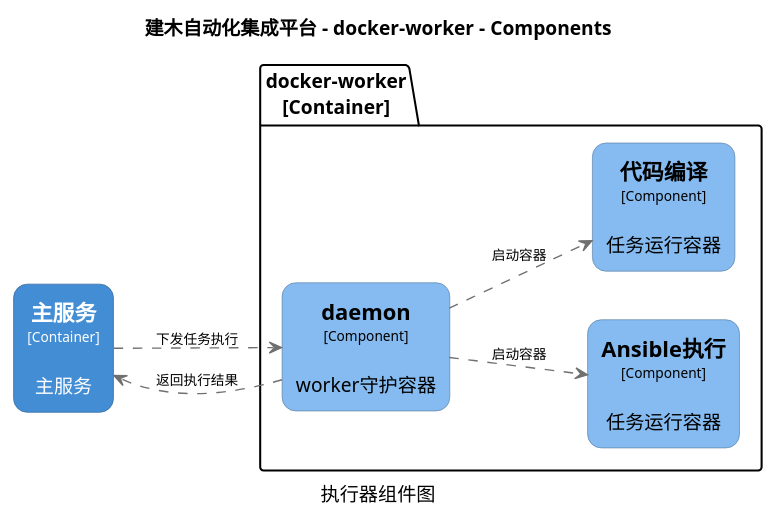
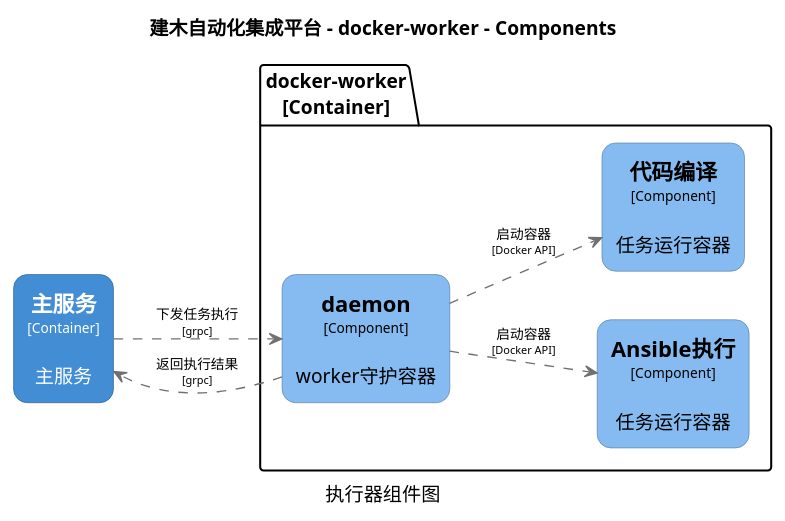
Before and after one commit to jianmu-dev/jianmu-architecture-as-code: the diagram in c4/structurizr-worker-component.puml, drawn with PlantUML. The commit also changed 8 other files, not shown here.

```diff
--- a/c4/structurizr-worker-component.puml
+++ b/c4/structurizr-worker-component.puml
@@ -1,48 +1,48 @@
 @startuml(id=worker-component)
 title 建木自动化集成平台 - docker-worker - Components
 caption 执行器组件图
 
 skinparam {
   shadowing false
   arrowFontSize 10
   defaultTextAlignment center
   wrapWidth 200
   maxMessageSize 100
 }
 hide stereotype
 left to right direction
 skinparam rectangle<<13>> {
   BackgroundColor #85bbf0
   FontColor #000000
   BorderColor #5D82A8
   roundCorner 20
 }
 skinparam rectangle<<14>> {
   BackgroundColor #85bbf0
   FontColor #000000
   BorderColor #5D82A8
   roundCorner 20
 }
 skinparam rectangle<<4>> {
   BackgroundColor #438dd5
   FontColor #ffffff
   BorderColor #2E6295
   roundCorner 20
 }
 skinparam rectangle<<15>> {
   BackgroundColor #85bbf0
   FontColor #000000
   BorderColor #5D82A8
   roundCorner 20
 }
 rectangle "==主服务\n<size:10>[Container]</size>\n\n主服务" <<4>> as 4
 package "docker-worker\n[Container]" {
   rectangle "==Ansible执行\n<size:10>[Component]</size>\n\n任务运行容器" <<15>> as 15
   rectangle "==daemon\n<size:10>[Component]</size>\n\nworker守护容器" <<13>> as 13
   rectangle "==代码编译\n<size:10>[Component]</size>\n\n任务运行容器" <<14>> as 14
 }
-13 .[#707070].> 15 : "启动容器"
-13 .[#707070].> 4 : "返回执行结果"
-13 .[#707070].> 14 : "启动容器"
-4 .[#707070].> 13 : "下发任务执行"
+13 .[#707070].> 15 : "启动容器\n<size:8>[Docker API]</size>"
+13 .[#707070].> 4 : "返回执行结果\n<size:8>[grpc]</size>"
+13 .[#707070].> 14 : "启动容器\n<size:8>[Docker API]</size>"
+4 .[#707070].> 13 : "下发任务执行\n<size:8>[grpc]</size>"
 @enduml
```
